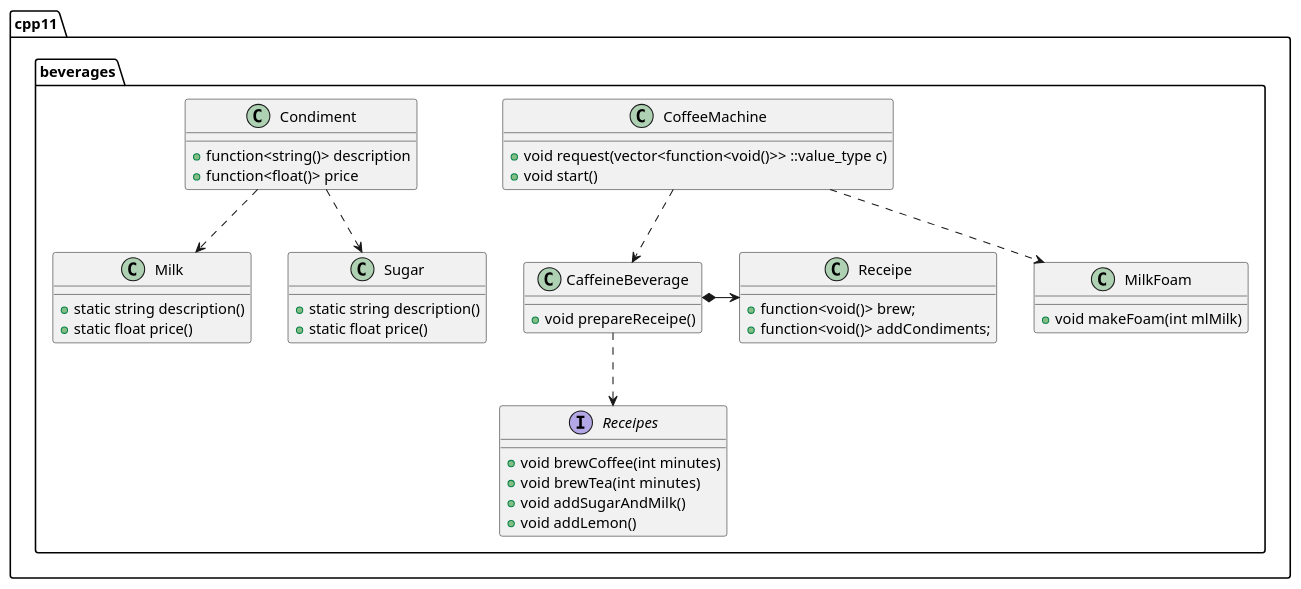
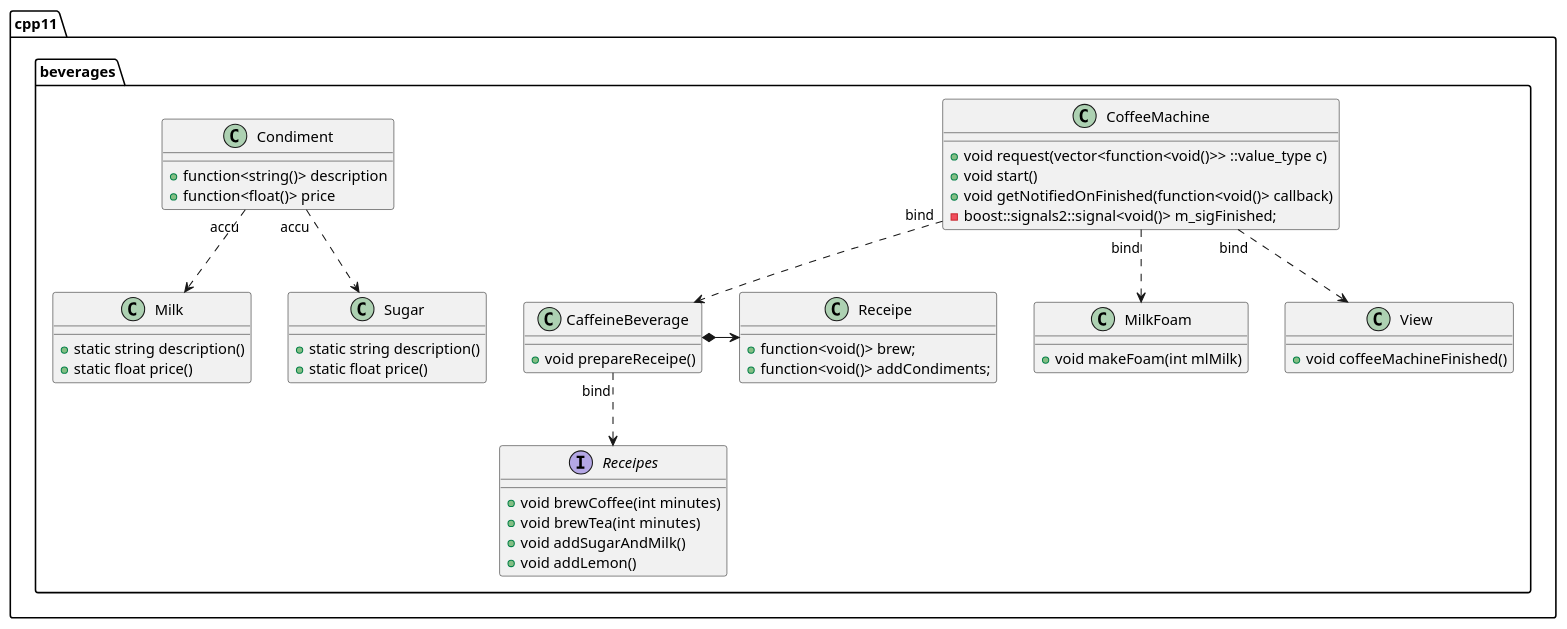
Before and after one commit to jiaqiwang969/Effective-Gof-Patterns: the diagram in strategy_11.cpp.wsd, drawn with PlantUML. The commit also changed 5 other files, not shown here.

```diff
--- a/strategy_11.cpp.wsd
+++ b/strategy_11.cpp.wsd
@@ -1,58 +1,68 @@
 @startuml
 set namespaceSeparator ::
 
 class cpp11::beverages::CaffeineBeverage {
 + void prepareReceipe()
 }
 
 class cpp11::beverages::CoffeeMachine {
 + void request(vector<function<void()>> ::value_type c)
 + void start()
++ void getNotifiedOnFinished(function<void()> callback)
+- boost::signals2::signal<void()> m_sigFinished;
 }
 
 class cpp11::beverages::Condiment {
 + function<string()> description
 + function<float()> price
 }
 
 class cpp11::beverages::Milk {
 + static string description()
 + static float price()
 }
 
 class cpp11::beverages::Sugar {
 + static string description()
 + static float price()
 }
 
 
 class cpp11::beverages::MilkFoam {
 + void makeFoam(int mlMilk)
 }
 
 class cpp11::beverages::Receipe {
 + function<void()> brew;
 + function<void()> addCondiments;
 }
 
 interface cpp11::beverages::Receipes {
 + void brewCoffee(int minutes)
 + void brewTea(int minutes)
 + void addSugarAndMilk()
 + void addLemon()
 }
 
+
+class cpp11::beverages::View
+{
++ void coffeeMachineFinished()
+}
+
 cpp11::beverages::CaffeineBeverage *-right-> cpp11::beverages::Receipe
 
-cpp11::beverages::CoffeeMachine ..> cpp11::beverages::CaffeineBeverage
+cpp11::beverages::CoffeeMachine "bind"..> cpp11::beverages::CaffeineBeverage
 
-cpp11::beverages::CaffeineBeverage ..> cpp11::beverages::Receipes
+cpp11::beverages::CaffeineBeverage "bind"..> cpp11::beverages::Receipes
 
 
-cpp11::beverages::CoffeeMachine ..> cpp11::beverages::MilkFoam
+cpp11::beverages::CoffeeMachine "bind"..> cpp11::beverages::MilkFoam
 
-cpp11::beverages::Condiment ..>  cpp11::beverages::Milk
-cpp11::beverages::Condiment ..>  cpp11::beverages::Sugar
+cpp11::beverages::CoffeeMachine "bind"..> cpp11::beverages::View
+
+cpp11::beverages::Condiment "accu"..>  cpp11::beverages::Milk
+cpp11::beverages::Condiment "accu"..>  cpp11::beverages::Sugar
 
 
 @enduml
```
